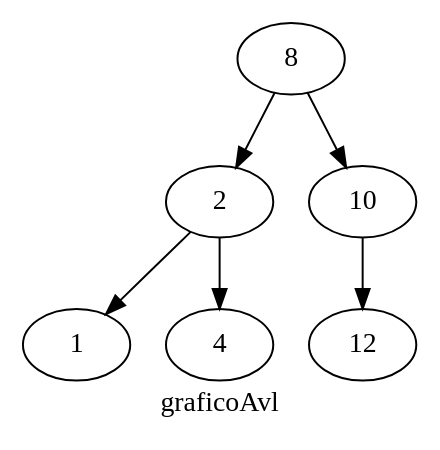
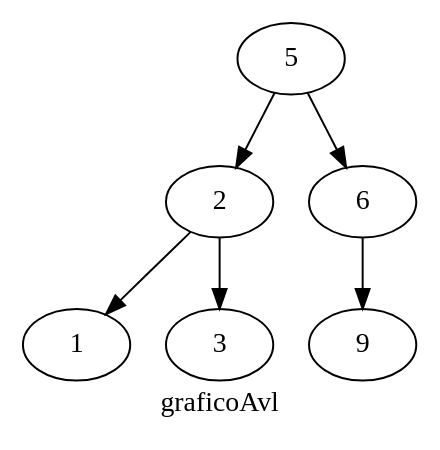
The diagram in [EDD]PROYECTO_FASE2_201807328/UDrawingPaperF2/grafica/graficoAvl.dot (OrmandyRony/-EDD-PROYECTO_FASE1_201807328), drawn with Graphviz before and after one commit. The commit also changed 72 other files, not shown here.

```diff
--- a/[EDD]PROYECTO_FASE2_201807328/UDrawingPaperF2/grafica/graficoAvl.dot
+++ b/[EDD]PROYECTO_FASE2_201807328/UDrawingPaperF2/grafica/graficoAvl.dot
@@ -1,16 +1,16 @@
 digraph Avl {
 	label= "graficoAvl";
-	nodo8[label="8"]
+	nodo5[label="5"]
 	nodo2[label="2"]
 	nodo1[label="1"]
-	nodo4[label="4"]
-	nodo10[label="10"]
-	nodo12[label="12"]
+	nodo3[label="3"]
+	nodo6[label="6"]
+	nodo9[label="9"]
 
 	nodo2->nodo1
-	nodo2->nodo4
-	nodo10->nodo12
-	nodo8->nodo2
-	nodo8->nodo10
+	nodo2->nodo3
+	nodo6->nodo9
+	nodo5->nodo2
+	nodo5->nodo6
 
  }
```
